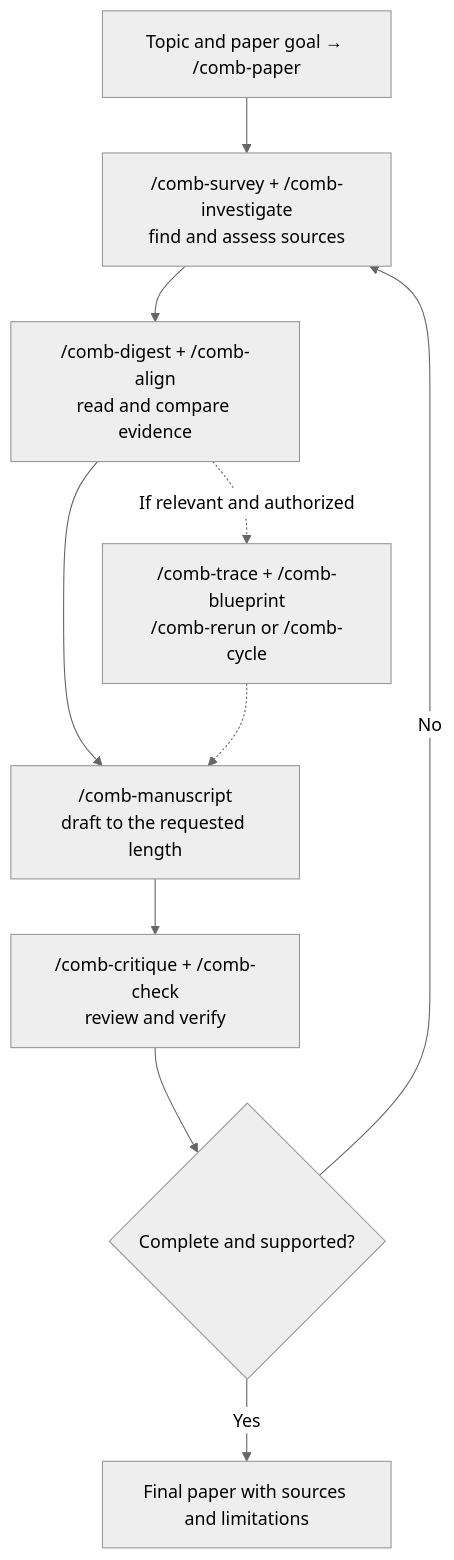
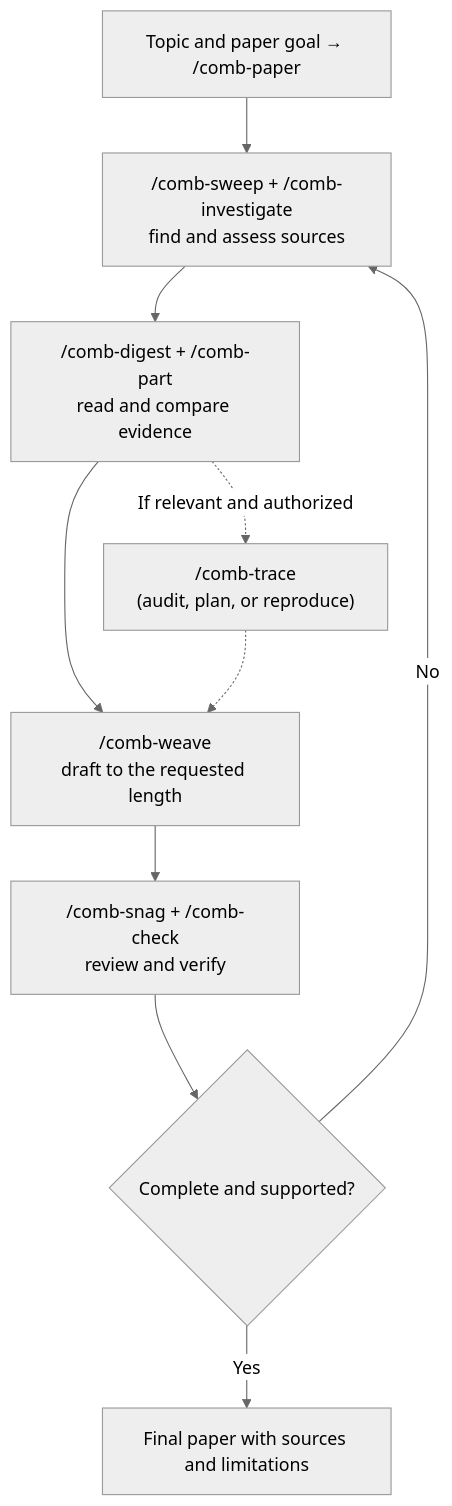
The diagram in README.md (diaznakh/ResearchComb), drawn with Mermaid (neutral theme) before and after one commit. The commit also changed other lines of this file and 19 other files, not shown here.

First line of the commit message:
Break 1:1 Feynman mapping: rename skills to comb metaphor, merge blueprint/rerun into trace

````diff
--- a/README.md
+++ b/README.md
@@ -137,12 +138,12 @@
 ```mermaid
 flowchart TD
-    A["Topic and paper goal → /comb-paper"] --> B["/comb-survey + /comb-investigate<br/>find and assess sources"]
-    B --> C["/comb-digest + /comb-align<br/>read and compare evidence"]
-    C --> D["/comb-manuscript<br/>draft to the requested length"]
-    D --> E["/comb-critique + /comb-check<br/>review and verify"]
+    A["Topic and paper goal → /comb-paper"] --> B["/comb-sweep + /comb-investigate<br/>find and assess sources"]
+    B --> C["/comb-digest + /comb-part<br/>read and compare evidence"]
+    C --> D["/comb-weave<br/>draft to the requested length"]
+    D --> E["/comb-snag + /comb-check<br/>review and verify"]
     E --> F{"Complete and supported?"}
     F -- No --> B
     F -- Yes --> G["Final paper with sources and limitations"]
-    C -. "If relevant and authorized" .-> H["/comb-trace + /comb-blueprint<br/>/comb-rerun or /comb-cycle"]
+    C -. "If relevant and authorized" .-> H["/comb-trace<br/>(audit, plan, or reproduce)"]
     H -.-> D
 ```
````
